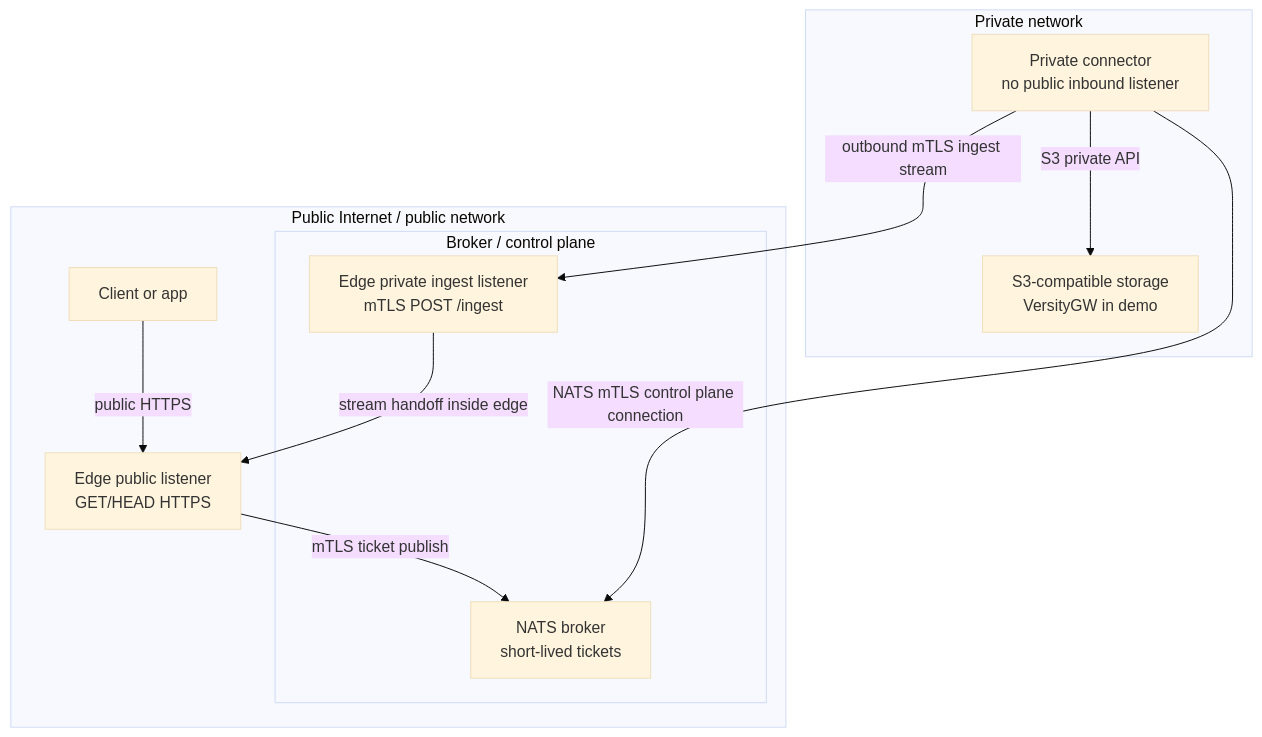
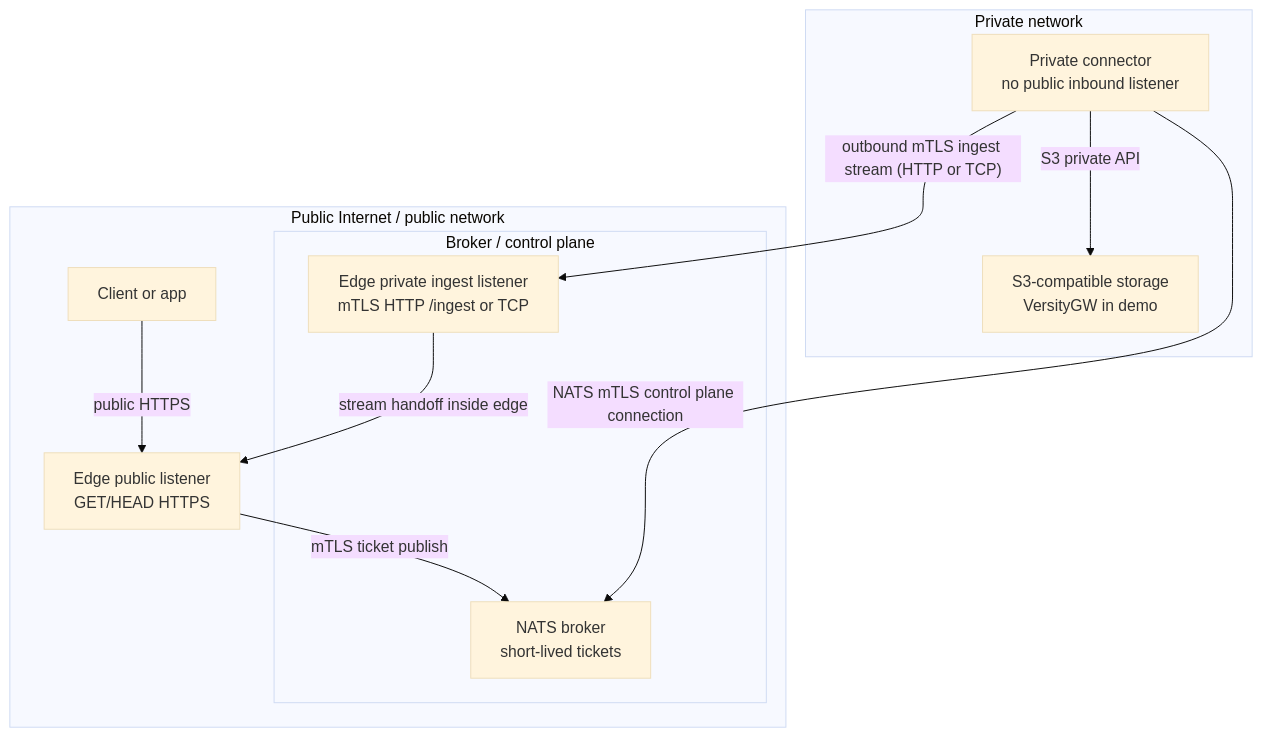
One commit to terion-name/air3 changed the second of 2 diagrams in README.md. Above: the diagram before and after it, drawn with Mermaid (base theme). The commit also changed other lines of this file and 4 other files, not shown here.

Commit message:
Document TCP ingest perf transport

````diff
--- a/README.md
+++ b/README.md
@@ -57,24 +57,24 @@
 ```mermaid
 flowchart TB
     subgraph Public["Public Internet / public network"]
         Client["Client or app"]
         PublicEdge["Edge public listener\nGET/HEAD HTTPS"]
 
         subgraph Broker["Broker / control plane"]
             NATS["NATS broker\nshort-lived tickets"]
-            Ingest["Edge private ingest listener\nmTLS POST /ingest"]
+            Ingest["Edge private ingest listener\nmTLS HTTP /ingest or TCP"]
         end
     end
 
     subgraph Private["Private network"]
         Connector["Private connector\nno public inbound listener"]
         S3["S3-compatible storage\nVersityGW in demo"]
     end
 
     Client -->|"public HTTPS"| PublicEdge
     PublicEdge -->|"mTLS ticket publish"| NATS
     Connector -->|"NATS mTLS control plane connection"| NATS
     Connector -->|"S3 private API"| S3
-    Connector -->|"outbound mTLS ingest stream"| Ingest
+    Connector -->|"outbound mTLS ingest stream (HTTP or TCP)"| Ingest
     Ingest -->|"stream handoff inside edge"| PublicEdge
 ```
````
